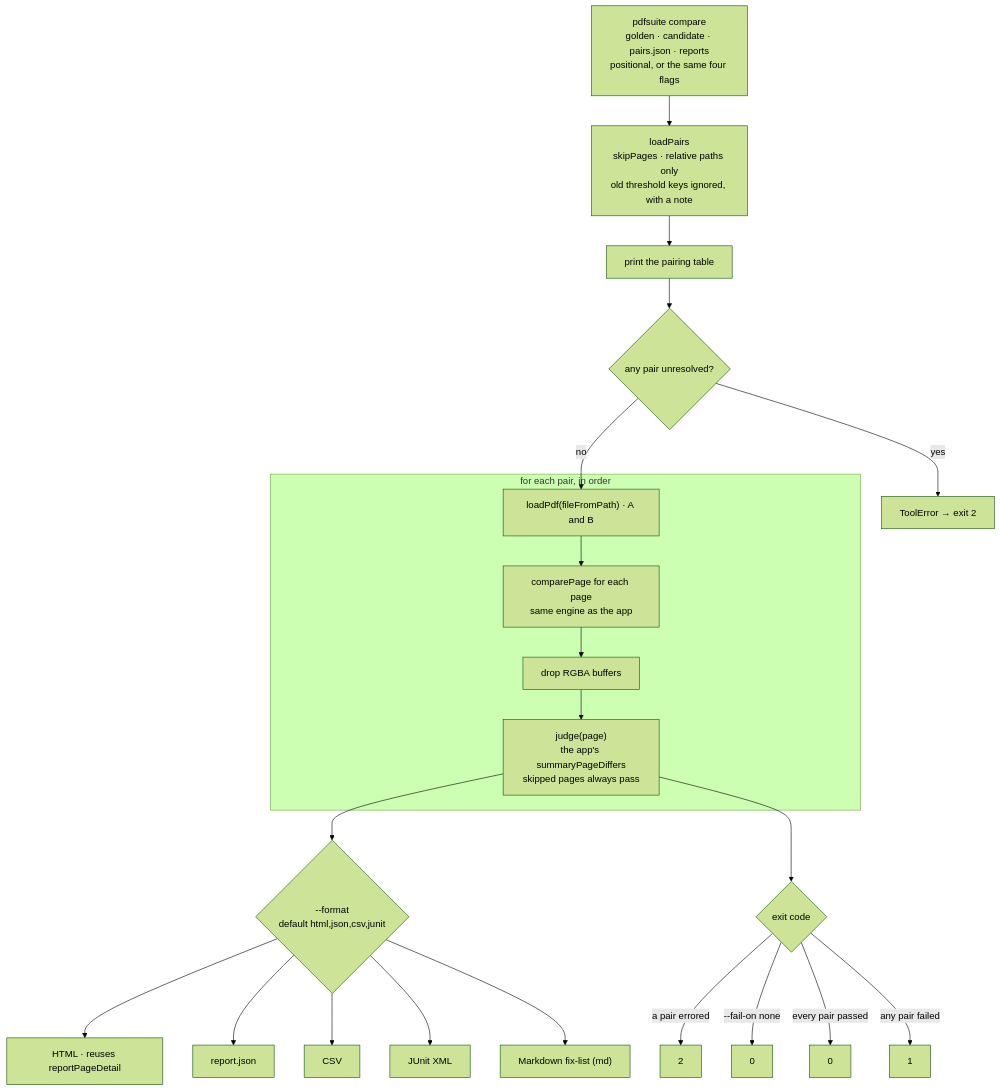
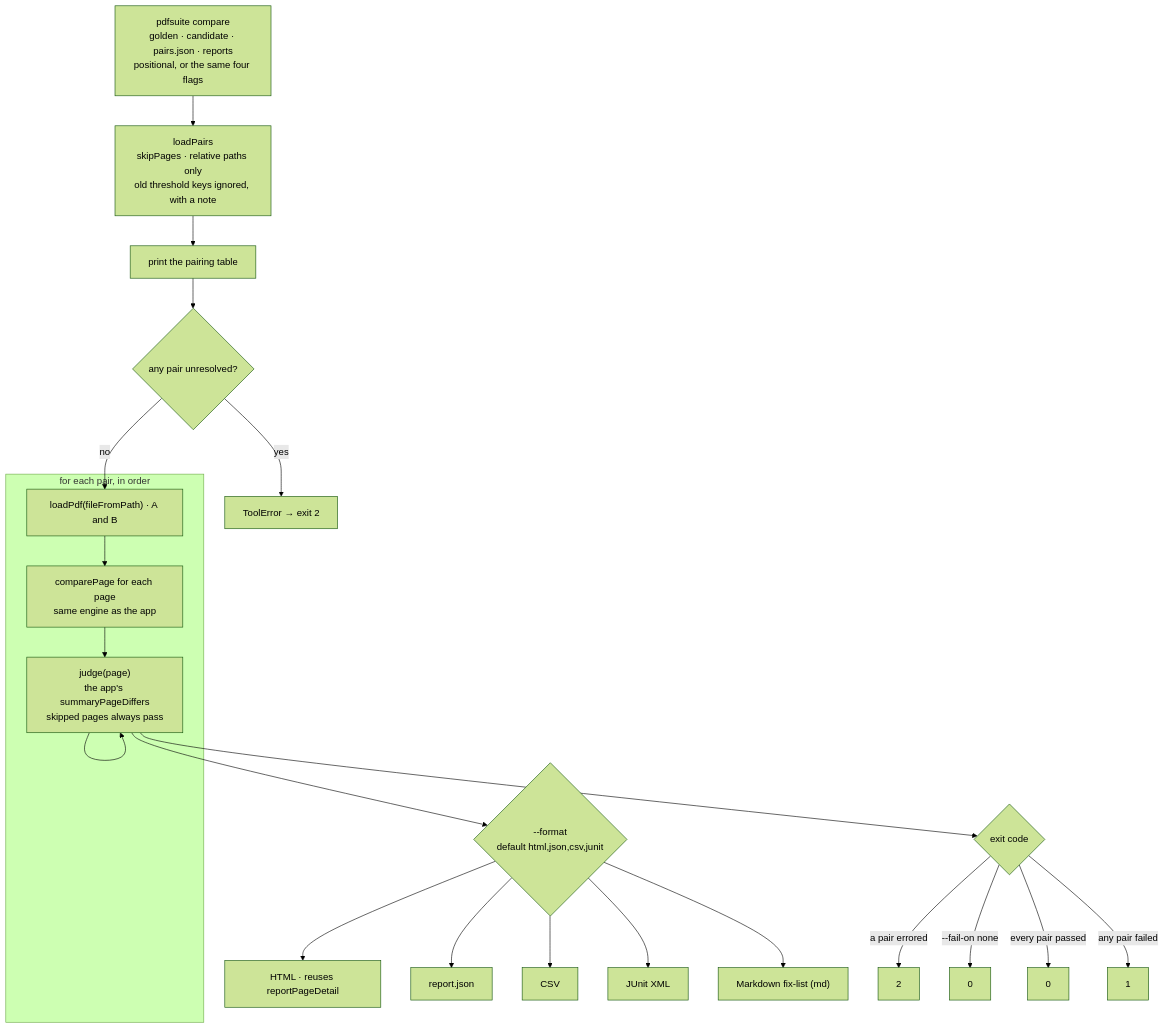
Before and after one commit to arpitarya/pdf-testing-suite: diagram 16 of 25 in docs/ARCHITECTURE.md, drawn with Mermaid (forest theme). The commit also changed other lines of this file and 157 other files, not shown here.

````diff
--- a/docs/ARCHITECTURE.md
+++ b/docs/ARCHITECTURE.md
@@ -559,24 +593,24 @@
 ```mermaid
 flowchart TB
   IN["pdfsuite compare<br/>golden · candidate · pairs.json · reports<br/>positional, or the same four flags"] --> LP["loadPairs<br/>skipPages · relative paths only<br/>old threshold keys ignored, with a note"]
   LP --> TBL["print the pairing table"]
   TBL --> PB{"any pair unresolved?"}
   PB -->|yes| X2A["ToolError → exit 2"]
   PB -->|no| L1
   subgraph LOOP["for each pair, in order"]
-    L1["loadPdf(fileFromPath) · A and B"] --> L2["comparePage for each page<br/>same engine as the app"]
-    L2 --> L3["drop RGBA buffers"]
-    L3 --> L4["judge(page)<br/>the app's summaryPageDiffers<br/>skipped pages always pass"]
+    L1["loadPdf(fileFromPath) · A and B"] --> L3["comparePage for each page<br/>same engine as the app"]
+    L3 --> L4["drop RGBA buffers"]
+    L4 --> L4["judge(page)<br/>the app's summaryPageDiffers<br/>skipped pages always pass"]
   end
   L4 --> FMT{"--format<br/>default html,json,csv,junit"}
   FMT --> H["HTML · reuses reportPageDetail"]
   FMT --> J["report.json"]
   FMT --> C["CSV"]
   FMT --> JU["JUnit XML"]
   FMT --> MD["Markdown fix-list (md)"]
   L4 --> EX{"exit code"}
   EX -->|"a pair errored"| X2["2"]
   EX -->|"--fail-on none"| X0["0"]
   EX -->|"every pair passed"| X0B["0"]
   EX -->|"any pair failed"| X1["1"]
 ```
````
